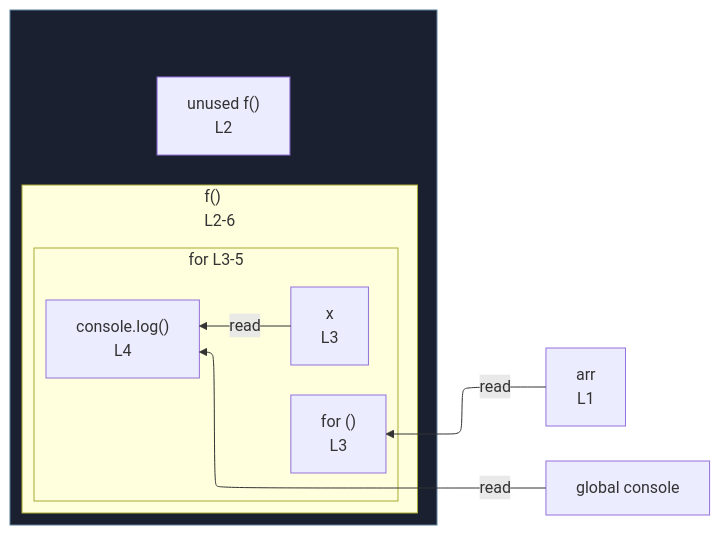
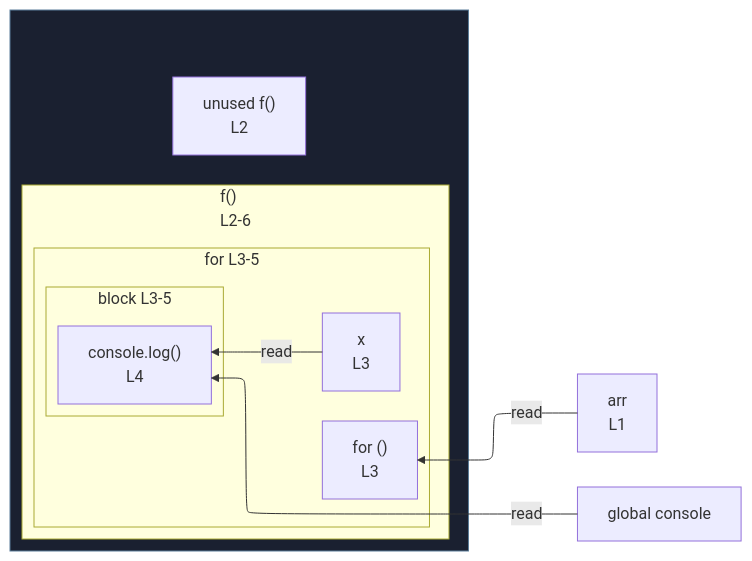
Before and after one commit to crescware/unsnarl: the diagram in integration/fixtures/iteration-statement/for-of/in-function-body/preview.md, drawn with Mermaid. The commit also changed 106 other files, not shown here.

````diff
--- a/integration/fixtures/iteration-statement/for-of/in-function-body/preview.md
+++ b/integration/fixtures/iteration-statement/for-of/in-function-body/preview.md
@@ -16,24 +16,27 @@
 ```mermaid
 %%{init: {"flowchart": {"defaultRenderer": "elk"}}}%%
 flowchart RL
   n_scope_0_arr_6["arr<br/>L1"]
   n_scope_0_console_61["global console"]
   subgraph wrap_s_scope_1[" "]
     direction TB
     n_scope_0_f_26["unused f()<br/>L2"]
     subgraph s_scope_1["f()<br/>L2-6"]
       direction RL
       subgraph s_scope_2["for L3-5"]
         direction RL
         for_test_scope_1_34["for ()<br/>L3"]
         n_scope_2_x_45["x<br/>L3"]
-        expr_stmt_61["console.log()<br/>L4"]
+        subgraph s_scope_3["block L3-5"]
+          direction RL
+          expr_stmt_61["console.log()<br/>L4"]
+        end
       end
     end
   end
   n_scope_0_arr_6 -->|read| for_test_scope_1_34
   n_scope_0_console_61 -->|read| expr_stmt_61
   n_scope_2_x_45 -->|read| expr_stmt_61
   classDef fnWrap fill:#1a2030,stroke:#5a7d99;
   class wrap_s_scope_1 fnWrap;
 ```
````
